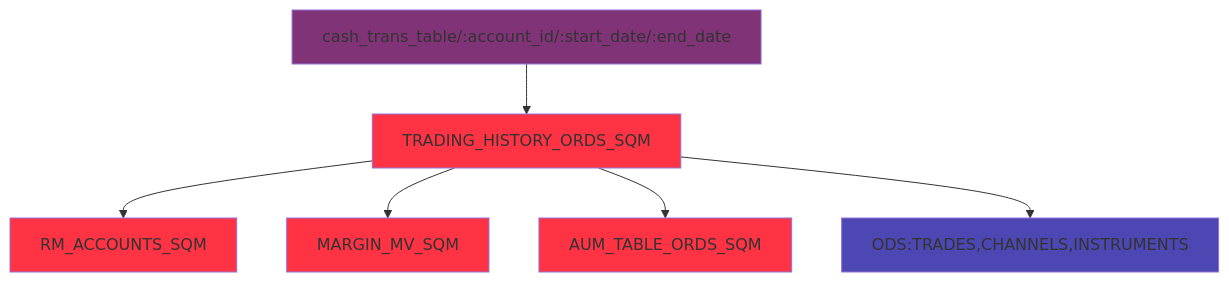
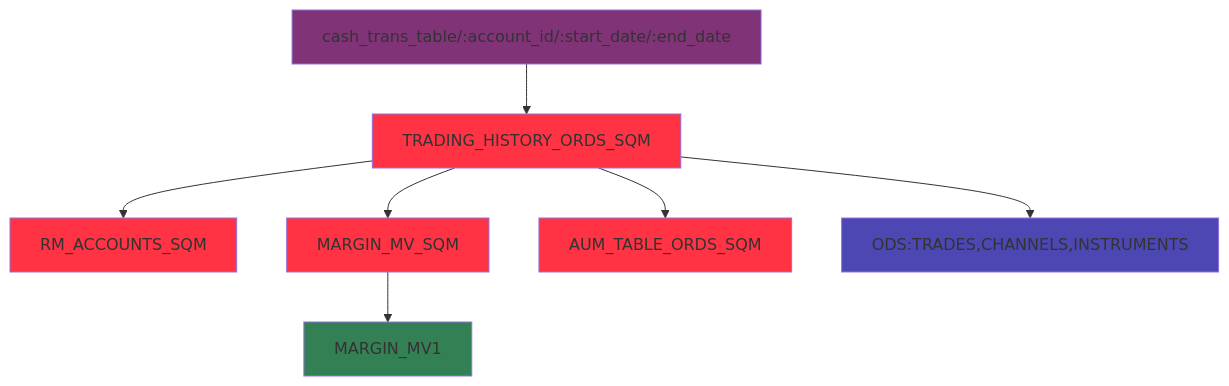
One commit to zjph90/testrepo changed the fourth of 4 diagrams in README.md. Above: the diagram before and after it, drawn with Mermaid.

````diff
--- a/README.md
+++ b/README.md
@@ -49,18 +49,20 @@
 ```mermaid
 graph TD
     classDef sql_macro fill:#f34
     classDef mview fill:#338055
     classDef table fill:#4d47b3
     classDef ords fill:#803377
     ords["cash_trans_table/:account_id/:start_date/:end_date"]:::ords --> TRADING_HISTORY_ORDS_SQM:::sql_macro
     TRADING_HISTORY_ORDS_SQM --> RM_ACCOUNTS_SQM:::sql_macro
     TRADING_HISTORY_ORDS_SQM --> MARGIN_MV_SQM:::sql_macro
+    MARGIN_MV_SQM --> MARGIN_MV1:::mview
     TRADING_HISTORY_ORDS_SQM --> AUM_TABLE_ORDS_SQM:::sql_macro
     TRADING_HISTORY_ORDS_SQM --> tabs["ODS:TRADES,CHANNELS,INSTRUMENTS"]:::table
     
     click TRADING_HISTORY_ORDS_SQM "https://github.com/cmctechnology/alpha-data/blob/master/sql_macros/trading_history_ords_sqm.sql"
     click CASH_TRANS_MV1 "https://github.com/cmctechnology/alpha-data/tree/master/mviews/CASH_TRANS_MV1"
     click RM_ACCOUNTS_SQM "https://github.com/cmctechnology/alpha-data/blob/master/sql_macros/rm_accounts_sqm.sql"
     click MARGIN_MV_SQM "https://github.com/cmctechnology/alpha-data/blob/master/sql_macros/margin_mv_sqm.sql"
+    click MARGIN_MV1 "https://github.com/cmctechnology/alpha-data/tree/master/mviews/MARGIN_MV1"
     click AUM_TABLE_ORDS_SQM "https://github.com/cmctechnology/alpha-data/blob/master/sql_macros/aum_table_ords_sqm.sql"
 ```
````
